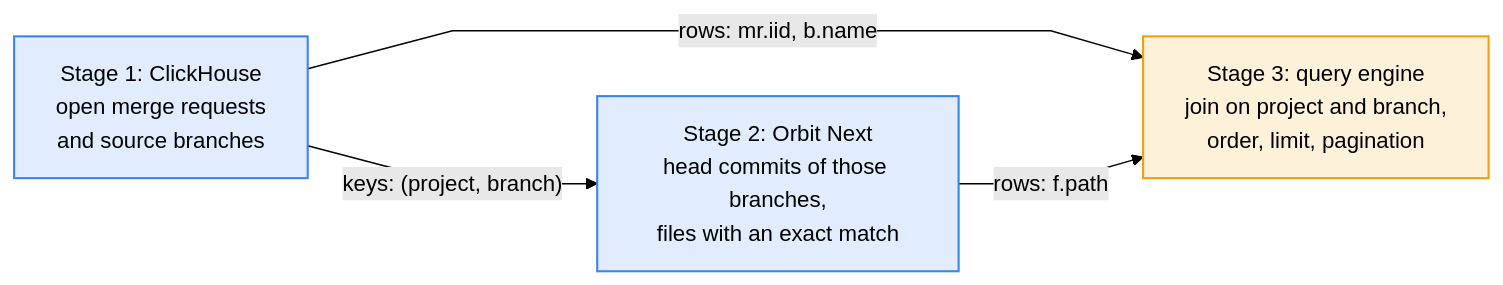
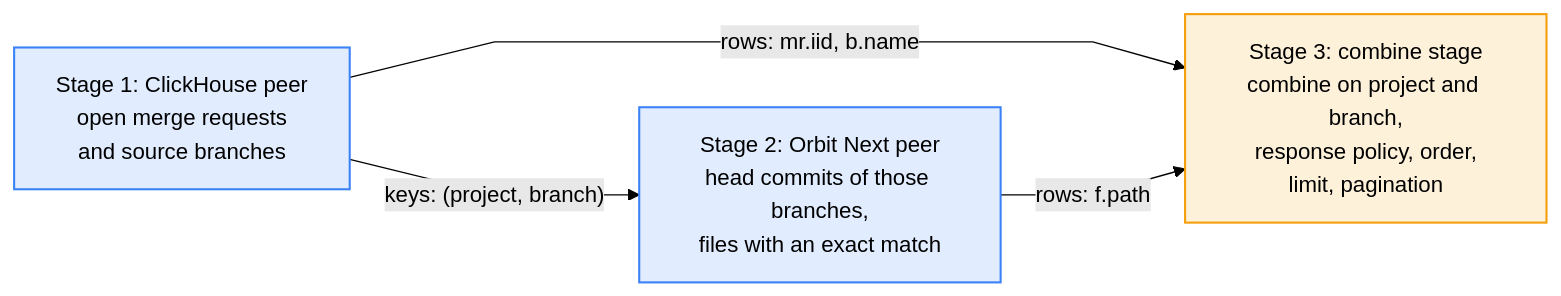
Before and after one commit to gitlabhq/orbit-knowledge-graph: the ninth of 9 diagrams in docs/pages/engineering/adr/024_pluggable_data_model.md, drawn with Mermaid (forest theme). The commit also changed other lines of this file and 1 other file, not shown here.

First line of the commit message:
docs(adr): fold deployment shapes, peer stages and the combine stage into ADR 024

````diff
--- a/docs/pages/engineering/adr/024_pluggable_data_model.md
+++ b/docs/pages/engineering/adr/024_pluggable_data_model.md
@@ -563,17 +573,17 @@
 ```mermaid
 %%{init: {"flowchart": {"curve": "linear"}}}%%
 flowchart LR
     accTitle: An execution DAG across two connections
-    accDescr: Stage 1 runs on ClickHouse and returns open merge requests with their project and source branch. Its keys feed stage 2, which runs on Orbit Next and searches only those branch heads for the exact text. Stage 3 runs in the query engine, joins both results on project and branch, and applies the result columns, order, limit and pagination.
-    S1["Stage 1: ClickHouse<br/>open merge requests<br/>and source branches"]
-    S2["Stage 2: Orbit Next<br/>head commits of those branches,<br/>files with an exact match"]
-    S3["Stage 3: query engine<br/>join on project and branch,<br/>order, limit, pagination"]
+    accDescr: Stage 1 runs on ClickHouse and returns open merge requests with their project and source branch. Its keys feed stage 2, which runs on Orbit Next and searches only those branch heads for the exact text. Stage 3 is the combine stage. It combines both results on project and branch, applies the response policy and the result columns, and then orders, limits and pages the result.
+    S1["Stage 1: ClickHouse peer<br/>open merge requests<br/>and source branches"]
+    S2["Stage 2: Orbit Next peer<br/>head commits of those branches,<br/>files with an exact match"]
+    S3["Stage 3: combine stage<br/>combine on project and branch,<br/>response policy, order,<br/>limit, pagination"]
     S1 -->|"keys: (project, branch)"| S2
     S1 -->|"rows: mr.iid, b.name"| S3
     S2 -->|"rows: f.path"| S3
 
     classDef stage fill:#3B82F626,stroke:#3B82F6,stroke-width:1.5px
-    classDef engine fill:#F59E0B26,stroke:#F59E0B,stroke-width:1.5px
+    classDef combine fill:#F59E0B26,stroke:#F59E0B,stroke-width:1.5px
     class S1,S2 stage
-    class S3 engine
+    class S3 combine
 ```
````
